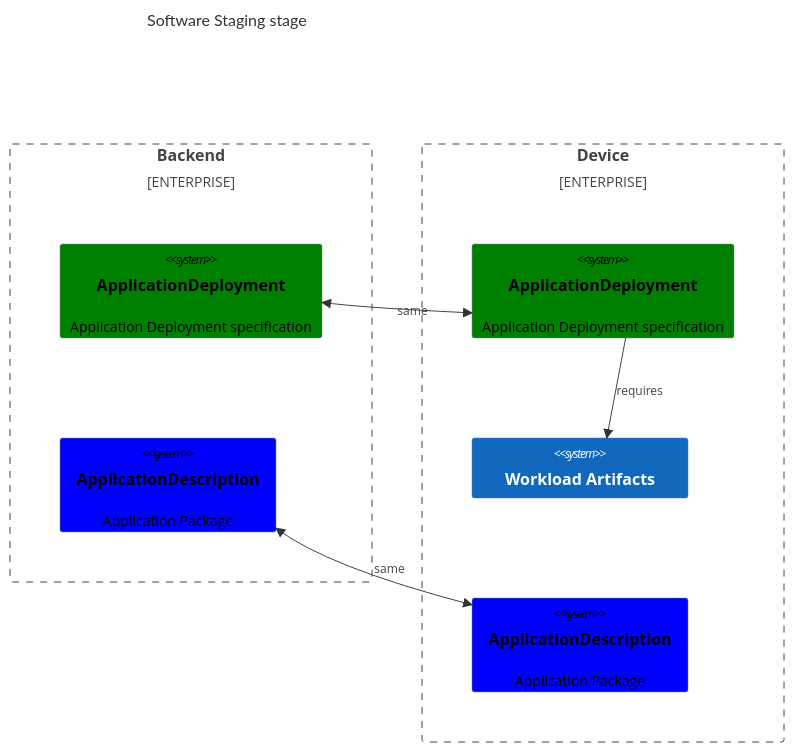
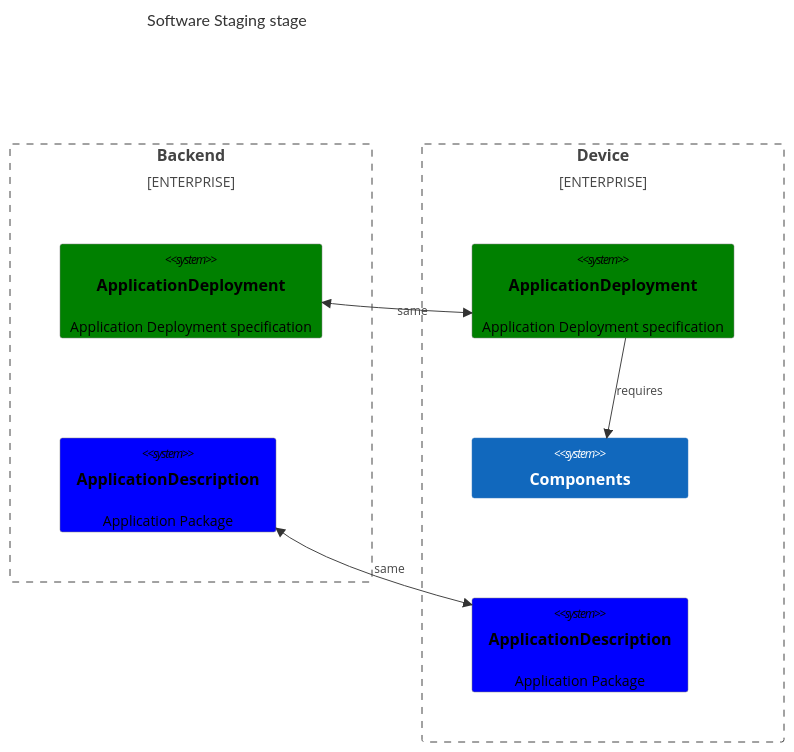
The fifth of 10 diagrams in system-design/margo-overview/software-composition.md (margo/specification), drawn with Mermaid before and after one commit. The commit also changed other lines of this file, not shown here.

First line of the commit message:
fix: use component instead of workload artifact

````diff
--- a/system-design/margo-overview/software-composition.md
+++ b/system-design/margo-overview/software-composition.md
@@ -233,25 +231,25 @@
 ```mermaid
 C4Context
     title Software Staging stage
 
     UpdateLayoutConfig($c4BoundaryInRow="1", $c4ShapeInRow="2")
 
     Enterprise_Boundary(be, "Backend") {
         System(apdb, "ApplicationDeployment", "Application Deployment specification")
         System(appb, "ApplicationDescription", "Application Package")
     }
 
     Enterprise_Boundary(dev, "Device") {
         System(apdd, "ApplicationDeployment", "Application Deployment specification")
-        System(wls, "Workload Artifacts")
+        System(wls, "Components")
         System(appd, "ApplicationDescription", "Application Package")
         Rel(apdd, wls, "requires")
     }
 
     BiRel(apdb, apdd, "same")
     BiRel(appb, appd, "same")
     UpdateElementStyle(appb, $fontColor="black", $bgColor="blue", $borderColor="grey")
     UpdateElementStyle(appd, $fontColor="black", $bgColor="blue", $borderColor="grey")
     UpdateElementStyle(apdb, $fontColor="black", $bgColor="green", $borderColor="grey")
     UpdateElementStyle(apdd, $fontColor="black", $bgColor="green", $borderColor="grey")
 ```
````
